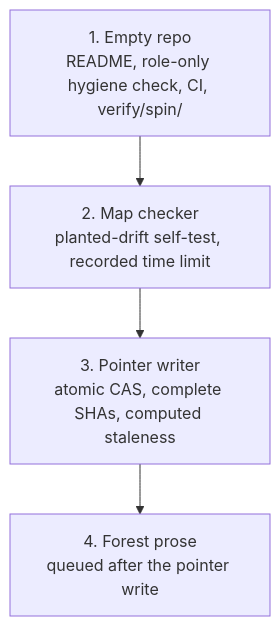
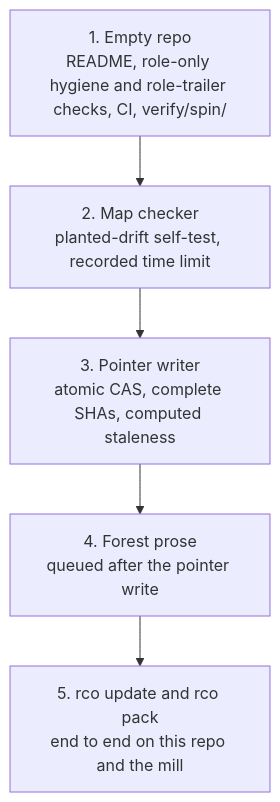
The seventh of 8 diagrams in README.md (si4ai/repo-context-optimizer), drawn with Mermaid before and after one commit. The commit also changed other lines of this file and 1 other file, not shown here.

First line of the commit message:
README: update sequence, command map, team, role-trailer check (#1)

````diff
--- a/README.md
+++ b/README.md
@@ -294,7 +335,8 @@
 ```mermaid
 flowchart TD
-    S1["1. Empty repo<br/>README, role-only hygiene check, CI, verify/spin/"] --> S2
+    S1["1. Empty repo<br/>README, role-only hygiene and role-trailer checks, CI, verify/spin/"] --> S2
     S2["2. Map checker<br/>planted-drift self-test, recorded time limit"] --> S3
     S3["3. Pointer writer<br/>atomic CAS, complete SHAs, computed staleness"] --> S4
-    S4["4. Forest prose<br/>queued after the pointer write"]
+    S4["4. Forest prose<br/>queued after the pointer write"] --> S5
+    S5["5. rco update and rco pack<br/>end to end on this repo and the mill"]
 ```
````
